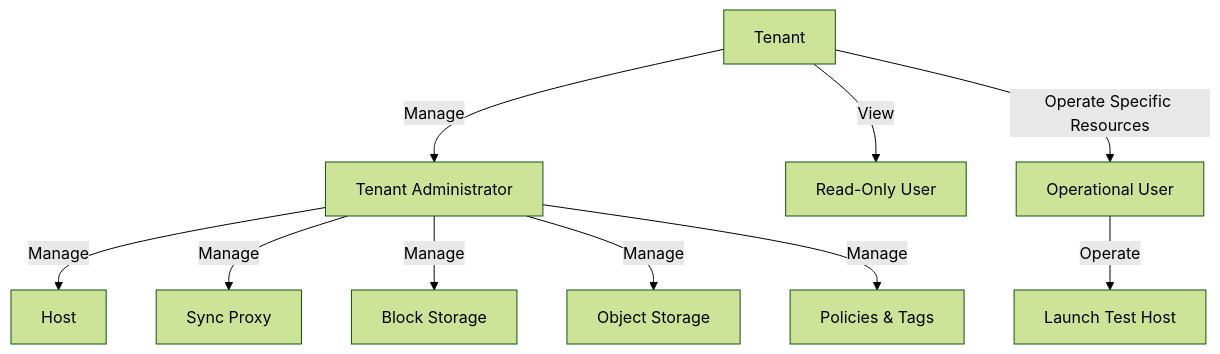
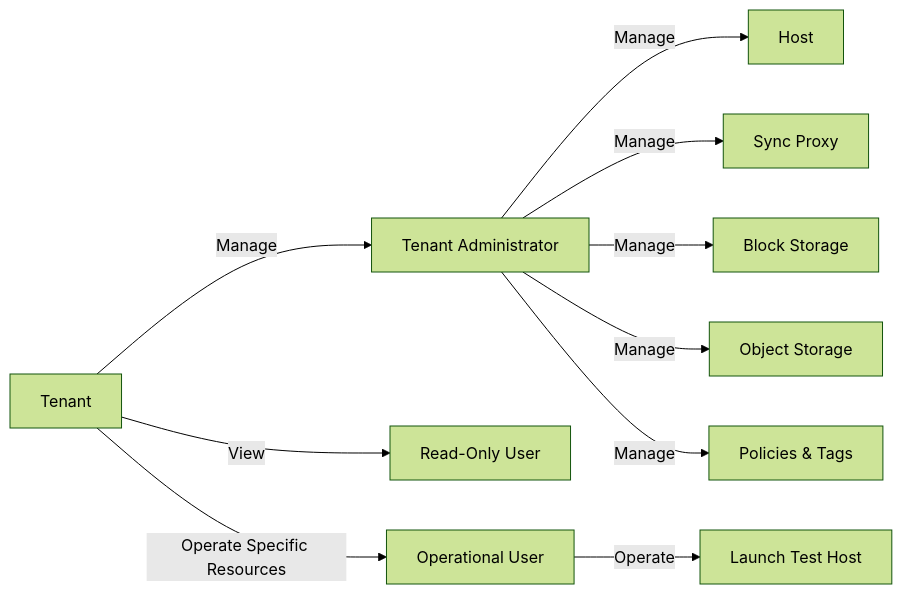
One commit to HyperBDR/docs changed the diagram in src/product-overview/product-training/multi-tenant-design.md. Above: the diagram before and after it, drawn with Mermaid (forest theme).

Commit message:
Update multi-tenant-design.md for make the Diagram horizontal

````diff
--- a/src/product-overview/product-training/multi-tenant-design.md
+++ b/src/product-overview/product-training/multi-tenant-design.md
@@ -35,12 +35,14 @@
 ```mermaid
-graph TD;
+graph LR;
     A[Tenant] -->|Manage| B[Tenant Administrator]
     A -->|View| C[Read-Only User]
     A -->|Operate Specific Resources| D[Operational User]
+
     B -->|Manage| E[Host]
     B -->|Manage| F[Sync Proxy]
     B -->|Manage| G[Block Storage]
     B -->|Manage| H[Object Storage]
     B -->|Manage| I[Policies & Tags]
+
     D -->|Operate| J[Launch Test Host]
 ```
````
